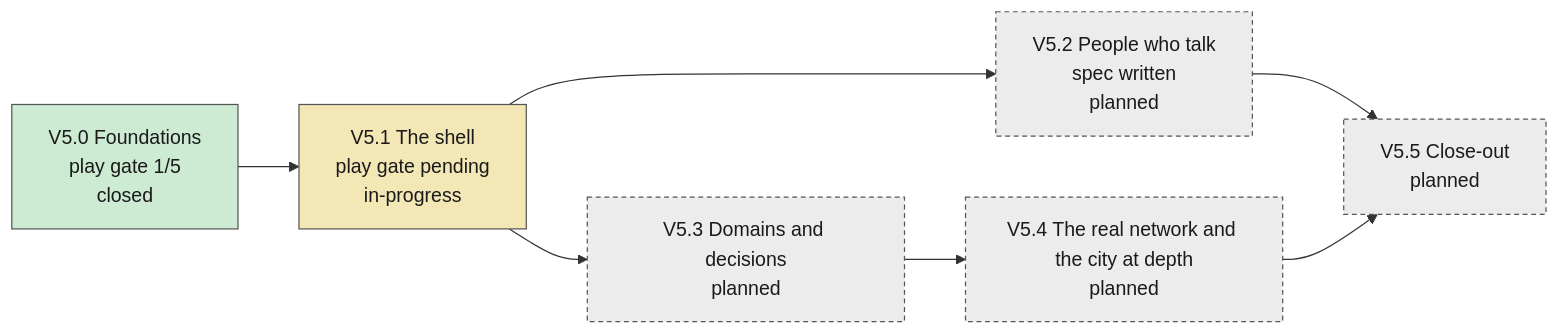
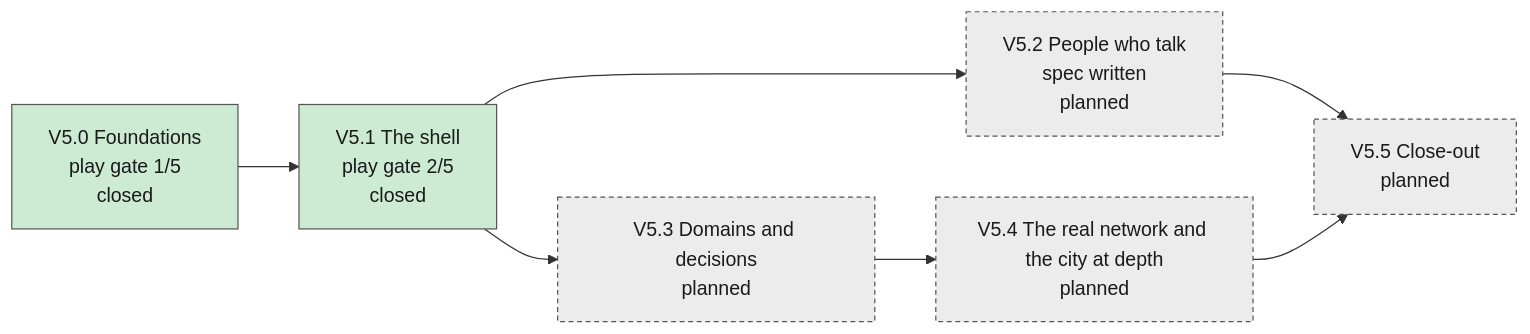
Before and after one commit to powerbassist/World-simulator: the first of 2 diagrams in docs/tiers/v5.md, drawn with Mermaid. The commit also changed other lines of this file and 2 other files, not shown here.

Commit message:
V5.1 closed: Current focus, the gate-2 history rows, state map
Docs only. V5.1 closed 2026-10-23 on a 2/5 closing gate; the fix pass
#87 #88 #89 #90 merged; next V5.2. tiers/v5.md: V5.1 closed, diagrams
regenerated.

````diff
--- a/docs/tiers/v5.md
+++ b/docs/tiers/v5.md
@@ -58,19 +58,19 @@
 ```mermaid
 flowchart LR
   V50["V5.0 Foundations<br/>play gate 1/5<br/>closed"]:::closed
-  V51["V5.1 The shell<br/>play gate pending<br/>in-progress"]:::inprogress
+  V51["V5.1 The shell<br/>play gate 2/5<br/>closed"]:::closed
   V52["V5.2 People who talk<br/>spec written<br/>planned"]:::planned
   V53["V5.3 Domains and decisions<br/>planned"]:::planned
   V54["V5.4 The real network and the city at depth<br/>planned"]:::planned
   V55["V5.5 Close-out<br/>planned"]:::planned
   V50 --> V51
   V51 --> V52
   V51 --> V53
   V53 --> V54
   V52 --> V55
   V54 --> V55
   classDef closed fill:#cdebd3,stroke:#555,color:#1a1a1a
   classDef built fill:#cfe3f7,stroke:#555,color:#1a1a1a
   classDef inprogress fill:#f3e7b5,stroke:#555,color:#1a1a1a
   classDef planned fill:#ececec,stroke:#555,color:#1a1a1a,stroke-dasharray:4 3
 ```
````
